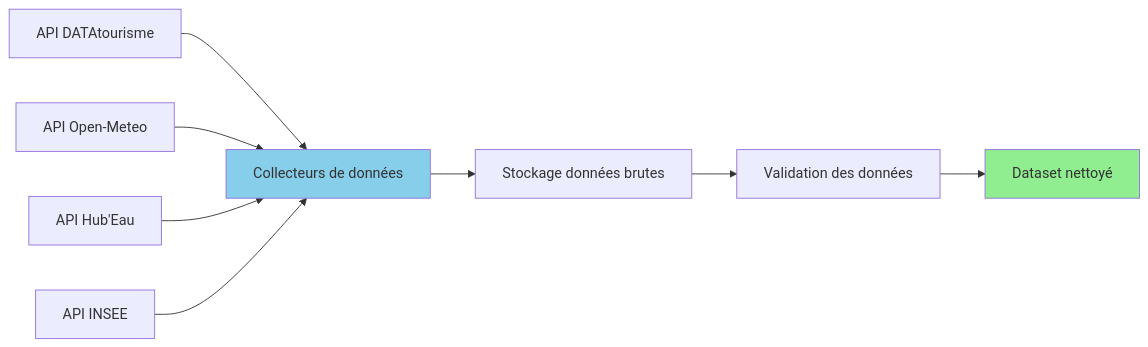
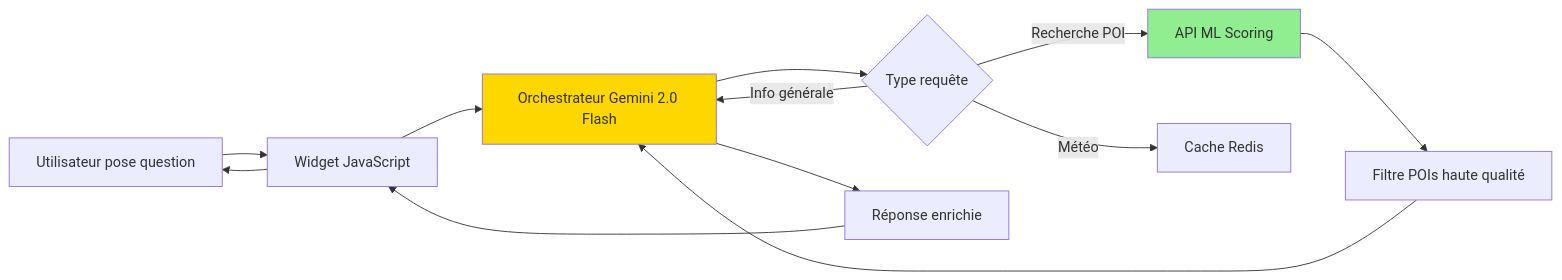
Before and after one commit to Aguern/alpine-guide-ML: the second of 2 diagrams in README.md, drawn with Mermaid. The commit also changed other lines of this file and 79 other files, not shown here.

First line of the commit message:
feat: fusion complète des repos ML et Widget - plateforme full-stack

````diff
--- a/README.md
+++ b/README.md
@@ -321,14 +424,17 @@
 ```mermaid
 graph LR
-    A[API DATAtourisme] --> E[Collecteurs de données]
-    B[API Open-Meteo] --> E
-    C[API Hub'Eau] --> E
-    D[API INSEE] --> E
+    A[Utilisateur pose question] --> B[Widget JavaScript]
+    B --> C[Orchestrateur Gemini 2.0 Flash]
+    C --> D{Type requête}
+    D -->|Recherche POI| E[API ML Scoring]
+    E --> F[Filtre POIs haute qualité]
+    F --> C
+    D -->|Météo| G[Cache Redis]
+    D -->|Info générale| C
+    C --> H[Réponse enrichie]
+    H --> B
+    B --> A
 
-    E --> F[Stockage données brutes]
-    F --> G[Validation des données]
-    G --> H[Dataset nettoyé]
-
-    style E fill:#87CEEB
-    style H fill:#90EE90
+    style E fill:#90EE90
+    style C fill:#FFD700
 ```
````
